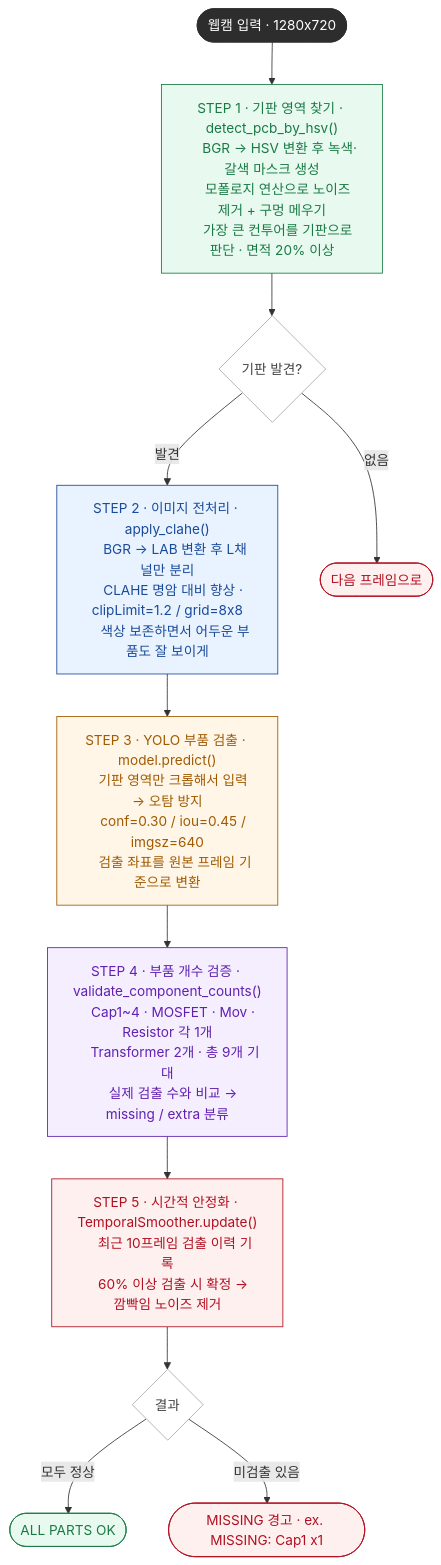
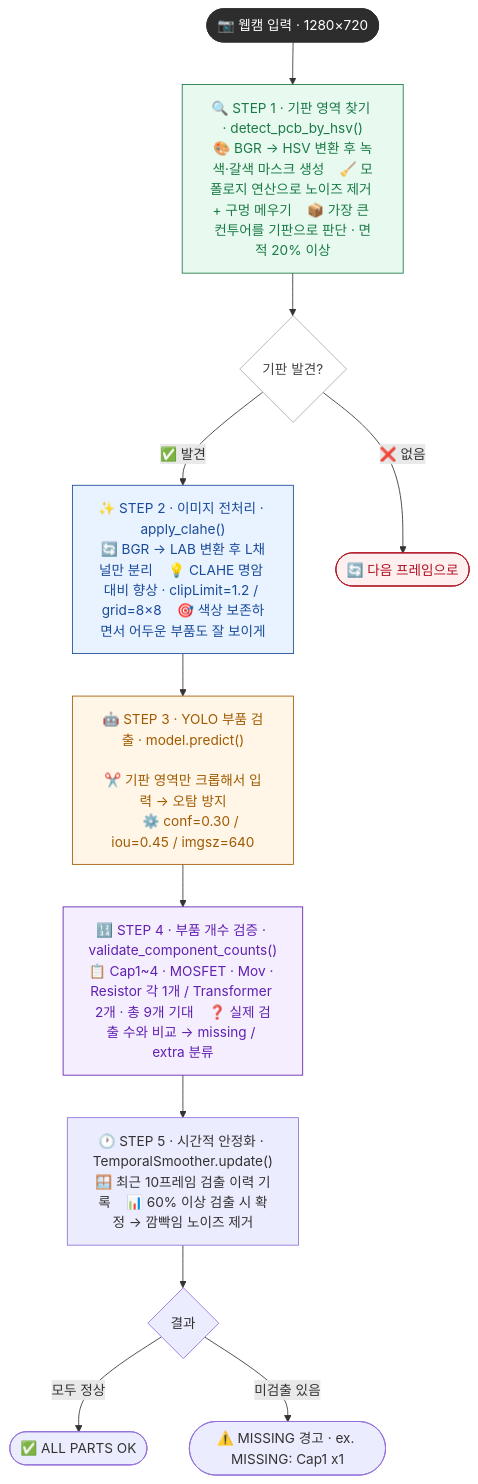
One commit to ddytyyxi/SmartManufacturing_OpenCV changed the diagram in scripts/README.md. Above: the diagram before and after it, drawn with Mermaid. The commit also changed other lines of this file, not shown here.

Commit message:
Enhance README.md for PCB defect detection pipeline
Updated PCB defect detection pipeline documentation with improved formatting and additional emojis for clarity.

````diff
--- a/scripts/README.md
+++ b/scripts/README.md
@@ -14,48 +15,35 @@
 ```mermaid
 flowchart TD
-    A([웹캠 입력 · 1280x720]) --> B
+    A([📷 웹캠 입력 · 1280×720])
 
-    B["STEP 1 · 기판 영역 찾기 · detect_pcb_by_hsv()
-    BGR → HSV 변환 후 녹색·갈색 마스크 생성
-    모폴로지 연산으로 노이즈 제거 + 구멍 메우기
-    가장 큰 컨투어를 기판으로 판단 · 면적 20% 이상"]
+    A --> B["🔍 STEP 1 · 기판 영역 찾기 · detect_pcb_by_hsv()<br/>🎨 BGR → HSV 변환 후 녹색·갈색 마스크 생성 &nbsp;&nbsp; 🧹 모폴로지 연산으로 노이즈 제거 + 구멍 메우기 &nbsp;&nbsp; 📦 가장 큰 컨투어를 기판으로 판단 · 면적 20% 이상"]
 
     B --> C{기판 발견?}
-    C -- "발견" --> D
-    C -- "없음" --> E([다음 프레임으로])
+    C -- "✅ 발견" --> D
+    C -- "❌ 없음" --> E([🔄 다음 프레임으로])
 
-    D["STEP 2 · 이미지 전처리 · apply_clahe()
-    BGR → LAB 변환 후 L채널만 분리
-    CLAHE 명암 대비 향상 · clipLimit=1.2 / grid=8x8
-    색상 보존하면서 어두운 부품도 잘 보이게"]
+    D["✨ STEP 2 · 이미지 전처리 · apply_clahe()<br/>🔄 BGR → LAB 변환 후 L채널만 분리 &nbsp;&nbsp; 💡 CLAHE 명암 대비 향상 · clipLimit=1.2 / grid=8×8 &nbsp;&nbsp; 🎯 색상 보존하면서 어두운 부품도 잘 보이게"]
 
-    D --> F["STEP 3 · YOLO 부품 검출 · model.predict()
-    기판 영역만 크롭해서 입력 → 오탐 방지
-    conf=0.30 / iou=0.45 / imgsz=640
-    검출 좌표를 원본 프레임 기준으로 변환"]
+    D --> F["🤖 STEP 3 · YOLO 부품 검출 · model.predict()
+    <br/>✂️ 기판 영역만 크롭해서 입력 → 오탐 방지
+     ⚙️ conf=0.30 / iou=0.45 / imgsz=640"]
 
-    F --> G["STEP 4 · 부품 개수 검증 · validate_component_counts()
-    Cap1~4 · MOSFET · Mov · Resistor 각 1개
-    Transformer 2개 · 총 9개 기대
-    실제 검출 수와 비교 → missing / extra 분류"]
+    F --> G["🔢 STEP 4 · 부품 개수 검증 · validate_component_counts()<br/>📋 Cap1~4 · MOSFET · Mov · Resistor 각 1개 / Transformer 2개 · 총 9개 기대 &nbsp;&nbsp; ❓ 실제 검출 수와 비교 → missing / extra 분류"]
 
-    G --> H["STEP 5 · 시간적 안정화 · TemporalSmoother.update()
-    최근 10프레임 검출 이력 기록
-    60% 이상 검출 시 확정 → 깜빡임 노이즈 제거"]
+    G --> H["🕐 STEP 5 · 시간적 안정화 · TemporalSmoother.update()<br/>🪟 최근 10프레임 검출 이력 기록 &nbsp;&nbsp; 📊 60% 이상 검출 시 확정 → 깜빡임 노이즈 제거"]
 
     H --> I{결과}
-    I -- "모두 정상" --> J([ALL PARTS OK])
-    I -- "미검출 있음" --> K([MISSING 경고 · ex. MISSING: Cap1 x1])
+    I -- "모두 정상" --> J([✅ ALL PARTS OK])
+    I -- "미검출 있음" --> K([⚠️ MISSING 경고 · ex. MISSING: Cap1 x1])
 
     style A fill:#2d2d2d,color:#fff,stroke:#2d2d2d
     style B fill:#e8faf0,stroke:#1a7a45,color:#1a7a45
     style C fill:#fff,stroke:#aaa,color:#444
     style D fill:#e8f3ff,stroke:#1a4a9a,color:#1a4a9a
     style E fill:#fff0f0,stroke:#b01020,color:#b01020
     style F fill:#fff6e8,stroke:#a05a00,color:#a05a00
     style G fill:#f5eeff,stroke:#6020b0,color:#6020b0
-    style H fill:#fff0f0,stroke:#b01020,color:#b01020
-    style I fill:#fff,stroke:#aaa,color:#444
-    style J fill:#e8faf0,stroke:#1a7a45,color:#1a7a45
-    style K fill:#fff0f0,stroke:#b01020,color:#b01020
+
+
+
 ```
````
